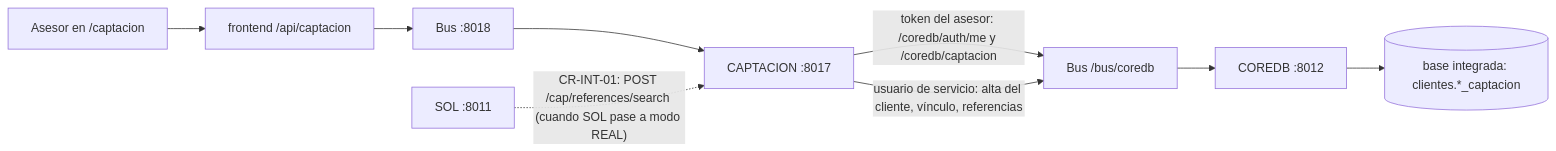
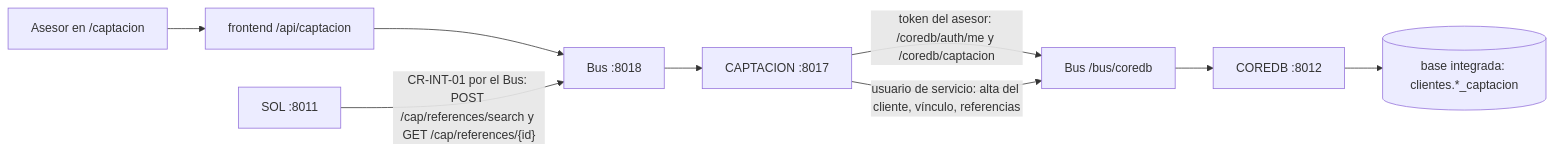
Before and after one commit to SantiagoCusirramos/Banco_Nacional_Arequipa: the diagram in backend/CAPTACION/README.md, drawn with Mermaid. The commit also changed other lines of this file and 14 other files, not shown here.

````diff
--- a/backend/CAPTACION/README.md
+++ b/backend/CAPTACION/README.md
@@ -24,9 +24,9 @@
 ```mermaid
 flowchart LR
   ase["Asesor en /captacion"] --> fe["frontend /api/captacion"] --> bus1["Bus :8018"] --> cap["CAPTACION :8017"]
   cap -->|"token del asesor: /coredb/auth/me y /coredb/captacion"| bus["Bus /bus/coredb"]
   cap -->|"usuario de servicio: alta del cliente, vínculo, referencias"| bus
   bus --> coredb["COREDB :8012"]
   coredb --> db[("base integrada: clientes.*_captacion")]
-  sol["SOL :8011"] -.->|"CR-INT-01: POST /cap/references/search (cuando SOL pase a modo REAL)"| cap
+  sol["SOL :8011"] -->|"CR-INT-01 por el Bus: POST /cap/references/search y GET /cap/references/{id}"| bus1
 ```
````
